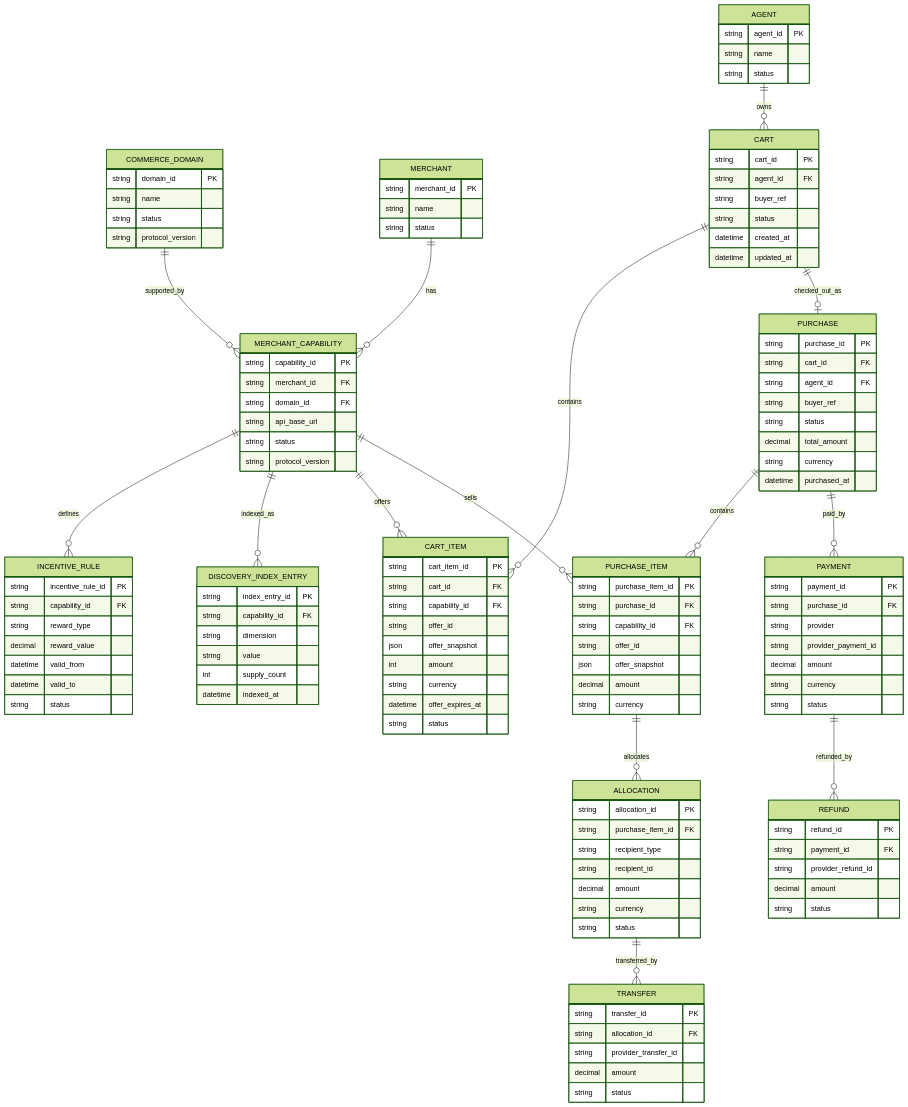
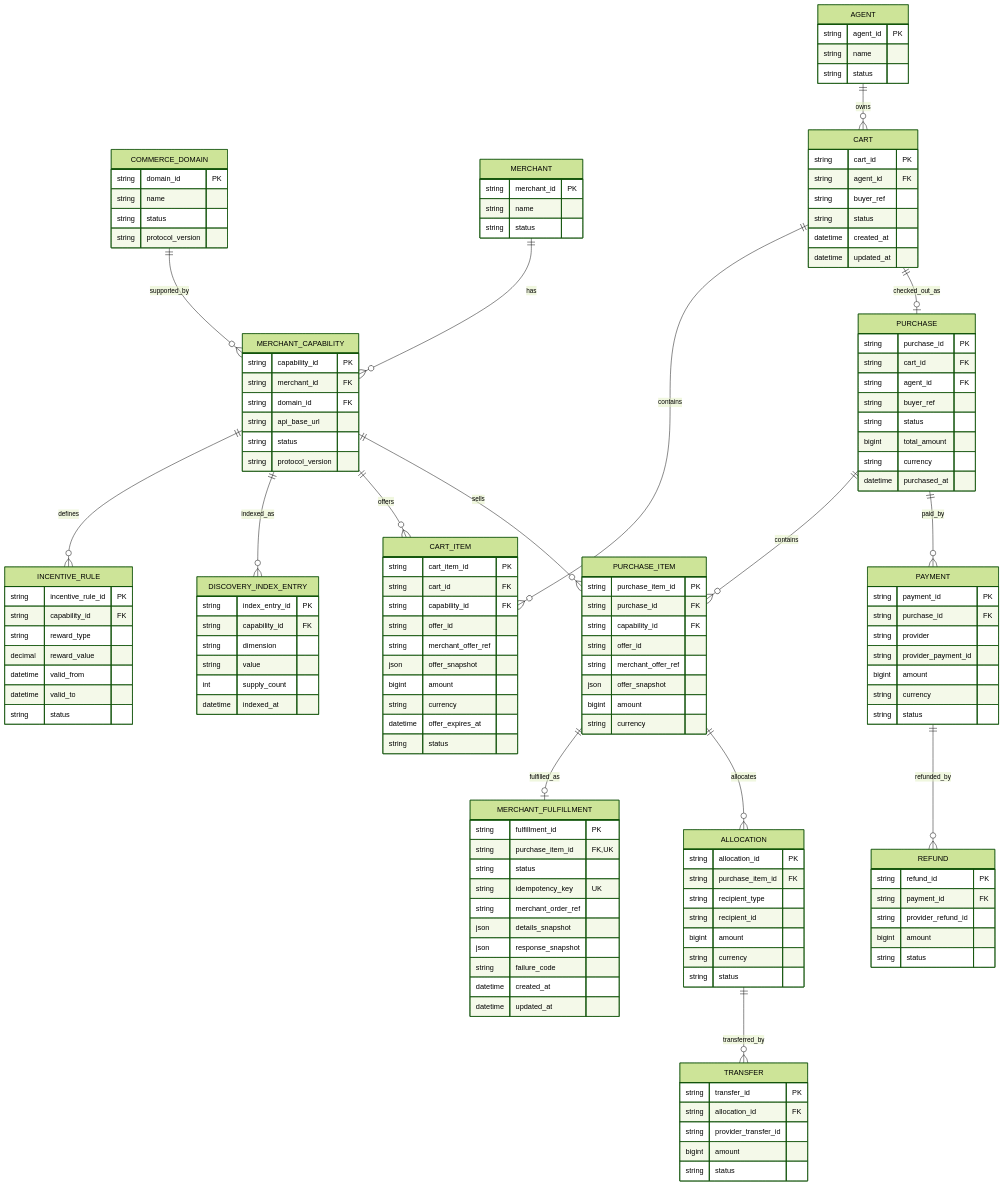
One commit to ShuzoShinagawa1102/offenro changed the diagram in doc/database-model.md. Above: the diagram before and after it, drawn with Mermaid (forest theme). The commit also changed other lines of this file and 47 other files, not shown here.

````diff
--- a/doc/database-model.md
+++ b/doc/database-model.md
@@ -16,6 +33,7 @@
 
     CART ||--o| PURCHASE : checked_out_as
     PURCHASE ||--o{ PURCHASE_ITEM : contains
+    PURCHASE_ITEM ||--o| MERCHANT_FULFILLMENT : fulfilled_as
 
     MERCHANT_CAPABILITY ||--o{ CART_ITEM : offers
     MERCHANT_CAPABILITY ||--o{ PURCHASE_ITEM : sells
@@ -87,8 +105,9 @@
         string cart_id FK
         string capability_id FK
         string offer_id
+        string merchant_offer_ref
         json offer_snapshot
-        int amount
+        bigint amount
         string currency
         datetime offer_expires_at
         string status
@@ -100,7 +119,7 @@
         string agent_id FK
         string buyer_ref
         string status
-        decimal total_amount
+        bigint total_amount
         string currency
         datetime purchased_at
     }
@@ -110,9 +129,23 @@
         string purchase_id FK
         string capability_id FK
         string offer_id
+        string merchant_offer_ref
         json offer_snapshot
-        decimal amount
+        bigint amount
         string currency
+    }
+
+    MERCHANT_FULFILLMENT {
+        string fulfillment_id PK
+        string purchase_item_id FK, UK
+        string status
+        string idempotency_key UK
+        string merchant_order_ref
+        json details_snapshot
+        json response_snapshot
+        string failure_code
+        datetime created_at
+        datetime updated_at
     }
 
     PAYMENT {
@@ -120,7 +153,7 @@
         string purchase_id FK
         string provider
         string provider_payment_id
-        decimal amount
+        bigint amount
         string currency
         string status
     }
@@ -130,7 +163,7 @@
         string purchase_item_id FK
         string recipient_type
         string recipient_id
-        decimal amount
+        bigint amount
         string currency
         string status
     }
@@ -139,7 +172,7 @@
         string transfer_id PK
         string allocation_id FK
         string provider_transfer_id
-        decimal amount
+        bigint amount
         string status
     }
 
@@ -147,7 +180,7 @@
         string refund_id PK
         string payment_id FK
         string provider_refund_id
-        decimal amount
+        bigint amount
         string status
     }
 ```
````
